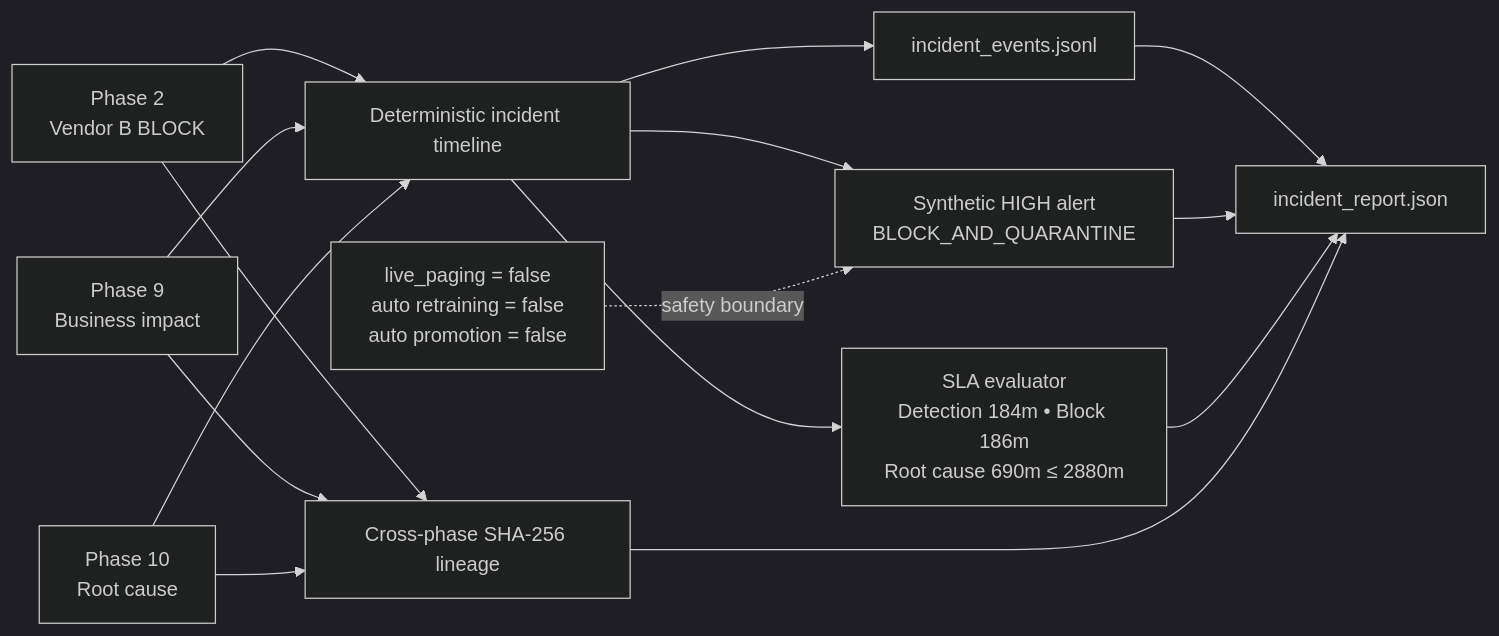
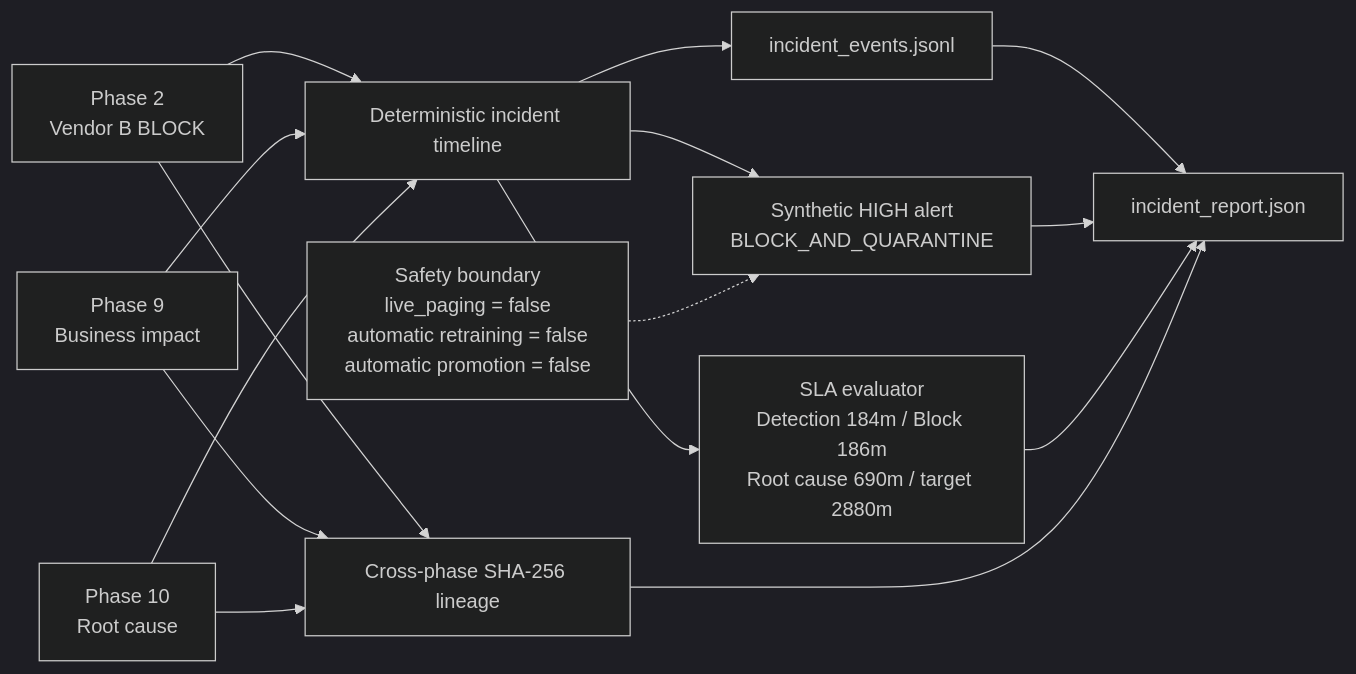
The diagram in docs/assets/diagrams/phase13-incident-ops.mmd (Parmodk2310/CreditScorev4-ML-Governance), drawn with Mermaid (dark theme) before and after one commit. The commit also changed 8 other files, not shown here.

Commit message:
fix: harden diagram and release metadata contracts

```diff
--- a/docs/assets/diagrams/phase13-incident-ops.mmd
+++ b/docs/assets/diagrams/phase13-incident-ops.mmd
@@ -1,15 +1,15 @@
 flowchart LR
-  A[Phase 2\nVendor B BLOCK] --> D[Deterministic incident timeline]
-  B[Phase 9\nBusiness impact] --> D
-  C[Phase 10\nRoot cause] --> D
-  D --> E[incident_events.jsonl]
-  D --> F[Synthetic HIGH alert\nBLOCK_AND_QUARANTINE]
-  D --> G[SLA evaluator\nDetection 184m • Block 186m\nRoot cause 690m ≤ 2880m]
-  A --> H[Cross-phase SHA-256 lineage]
+  A["Phase 2<br/>Vendor B BLOCK"] --> D["Deterministic incident timeline"]
+  B["Phase 9<br/>Business impact"] --> D
+  C["Phase 10<br/>Root cause"] --> D
+  D --> E["incident_events.jsonl"]
+  D --> F["Synthetic HIGH alert<br/>BLOCK_AND_QUARANTINE"]
+  D --> G["SLA evaluator<br/>Detection 184m / Block 186m<br/>Root cause 690m / target 2880m"]
+  A --> H["Cross-phase SHA-256 lineage"]
   B --> H
   C --> H
-  E --> I[incident_report.json]
+  E --> I["incident_report.json"]
   F --> I
   G --> I
   H --> I
-  J[live_paging = false\nauto retraining = false\nauto promotion = false] -. safety boundary .-> F
+  J["Safety boundary<br/>live_paging = false<br/>automatic retraining = false<br/>automatic promotion = false"] -.-> F
```
